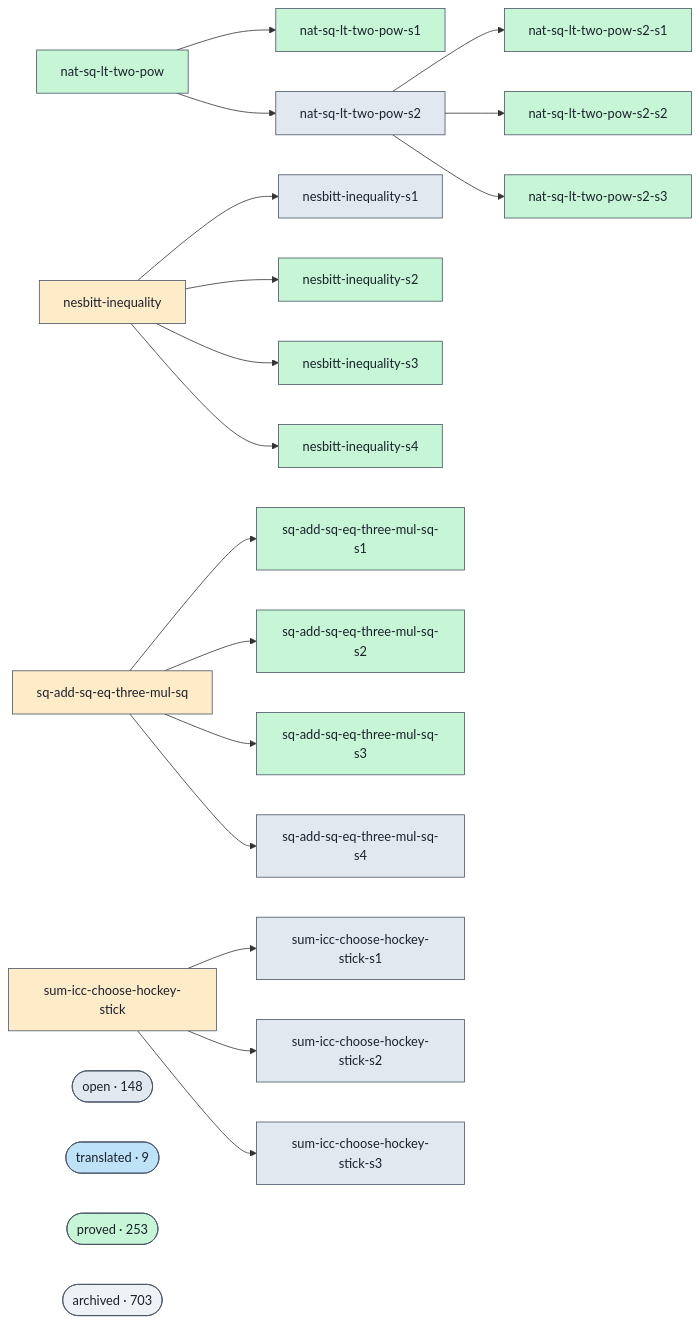
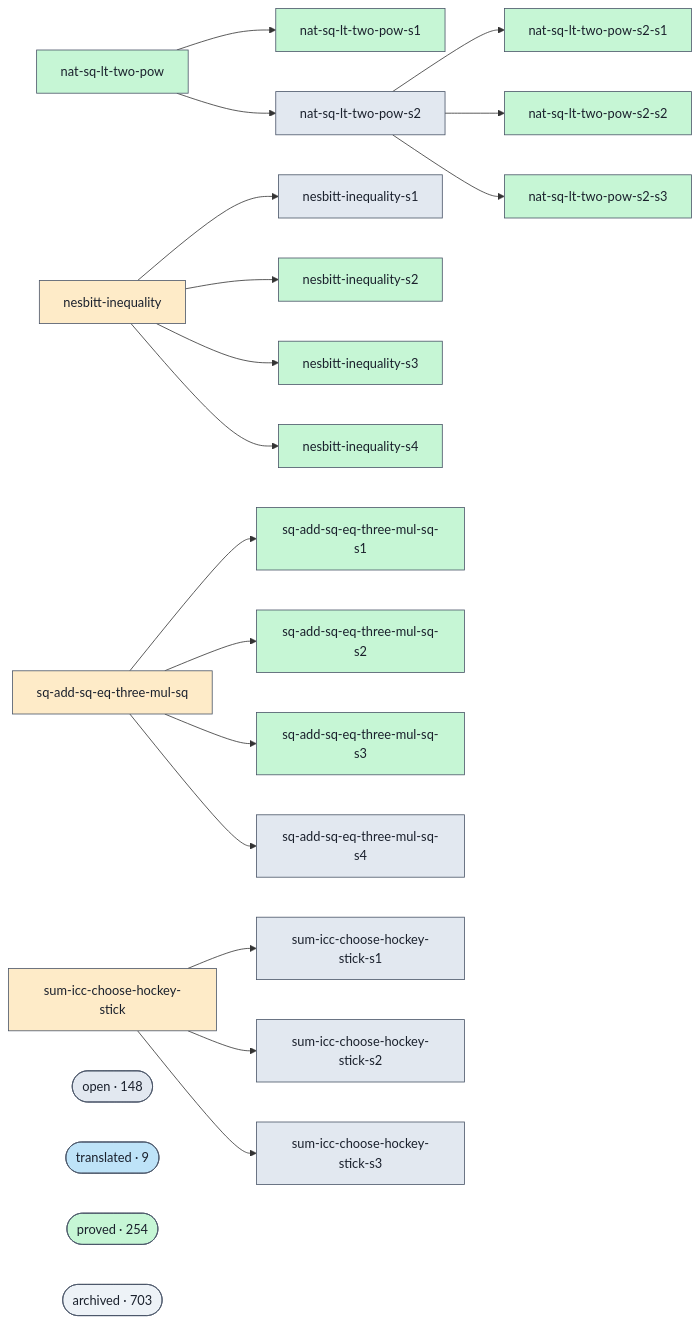
One commit to ohdearquant/unsorry changed the diagram in docs/proofs-contributors-visualisation.md. Above: the diagram before and after it, drawn with Mermaid. The commit also changed other lines of this file and 2 other files, not shown here.

```diff
--- a/docs/proofs-contributors-visualisation.md
+++ b/docs/proofs-contributors-visualisation.md
@@ -102,7 +102,7 @@
   class cluster_open open;
   cluster_translated(["translated · 9"])
   class cluster_translated translated;
-  cluster_proved(["proved · 253"])
+  cluster_proved(["proved · 254"])
   class cluster_proved proved;
   cluster_archived(["archived · 703"])
   class cluster_archived unknown;
```
